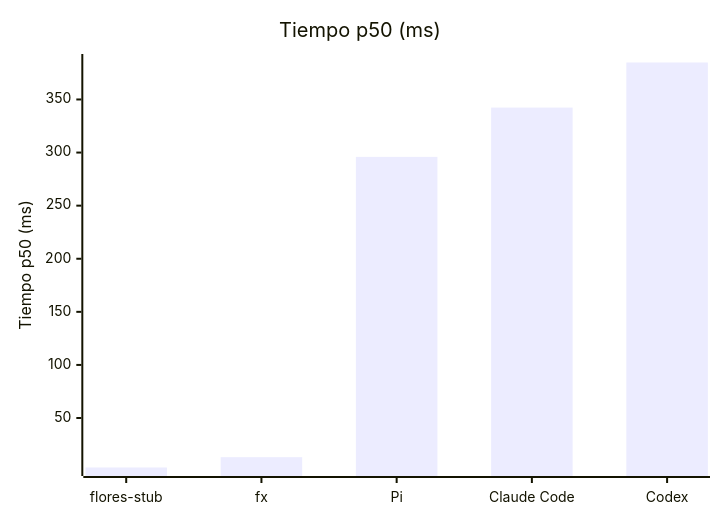
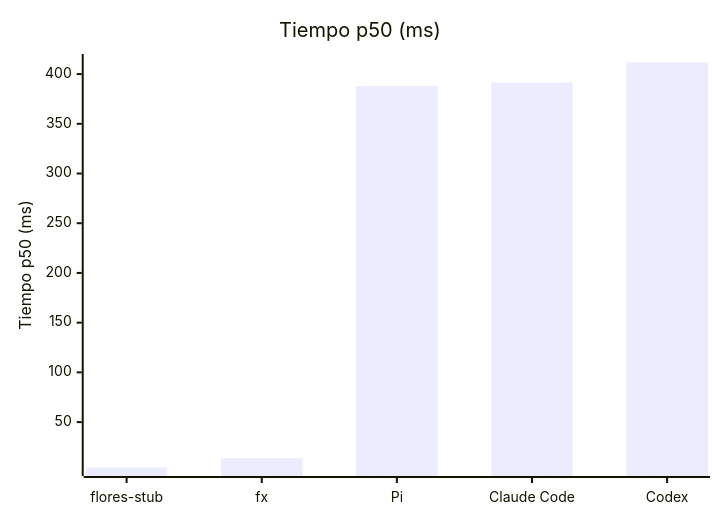
The first of 6 diagrams in benchmarks/published/README.md (sfloresone/flores), drawn with Mermaid before and after one commit. The commit also changed other lines of this file and 6 other files, not shown here.

````diff
--- a/benchmarks/published/README.md
+++ b/benchmarks/published/README.md
@@ -109,7 +109,7 @@
 ```mermaid
 xychart-beta
     title "Tiempo p50 (ms)"
     x-axis ["flores-stub", "fx", "Pi", "Claude Code", "Codex"]
     y-axis "Tiempo p50 (ms)"
-    bar [3.41, 13.15, 295.95, 342.36, 384.81]
+    bar [4.33, 13.68, 388.10, 391.51, 411.65]
 ```
````
